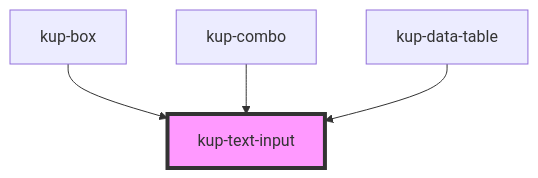
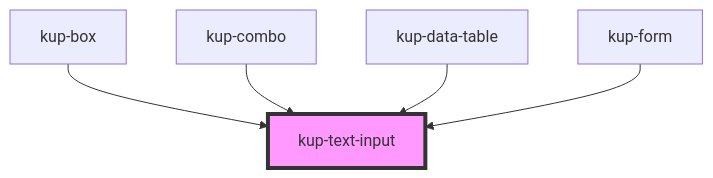
The diagram in packages/ketchup/src/components/kup-text-input/readme.md (smeup/ketchup), drawn with Mermaid before and after one commit. The commit also changed other lines of this file and 12 other files, not shown here.

Commit message:
kup form skeleton: playground, input text, sections, submit

````diff
--- a/packages/ketchup/src/components/kup-text-input/readme.md
+++ b/packages/ketchup/src/components/kup-text-input/readme.md
@@ -70,7 +71,8 @@
 ```mermaid
 graph TD;
   kup-box --> kup-text-input
   kup-combo --> kup-text-input
   kup-data-table --> kup-text-input
+  kup-form --> kup-text-input
   style kup-text-input fill:#f9f,stroke:#333,stroke-width:4px
 ```
````
